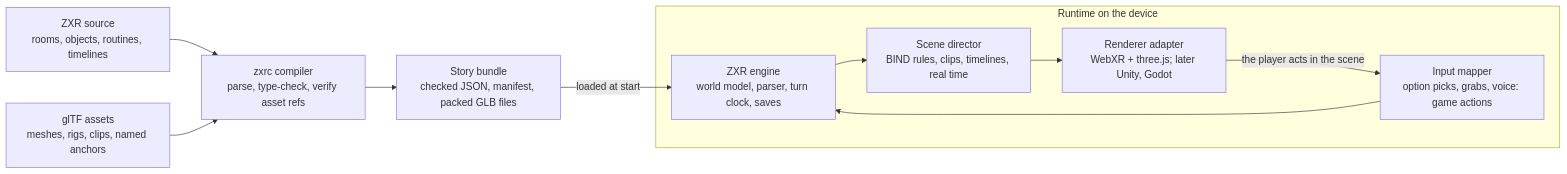
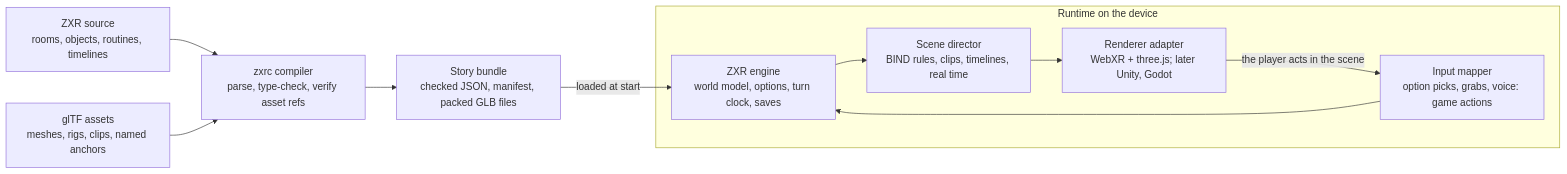
One commit to kariato/zxr changed the second of 3 diagrams in docs/design.md. Above: the diagram before and after it, drawn with Mermaid. The commit also changed other lines of this file and 4 other files, not shown here.

````diff
--- a/docs/design.md
+++ b/docs/design.md
@@ -352,13 +338,13 @@
 ```mermaid
 flowchart LR
   SRC["ZXR source<br/>rooms, objects, routines, timelines"] --> C["zxrc compiler<br/>parse, type-check, verify asset refs"]
   GLTF["glTF assets<br/>meshes, rigs, clips, named anchors"] --> C
   C --> B["Story bundle<br/>checked JSON, manifest, packed GLB files"]
   subgraph RT["Runtime on the device"]
-    IN["Input mapper<br/>option picks, grabs, voice: game actions"] --> VM["ZXR engine<br/>world model, parser, turn clock, saves"]
+    IN["Input mapper<br/>option picks, grabs, voice: game actions"] --> VM["ZXR engine<br/>world model, options, turn clock, saves"]
     VM --> SD["Scene director<br/>BIND rules, clips, timelines, real time"]
     SD --> R["Renderer adapter<br/>WebXR + three.js; later Unity, Godot"]
     R -- the player acts in the scene --> IN
   end
   B -- loaded at start --> VM
 ```
````
